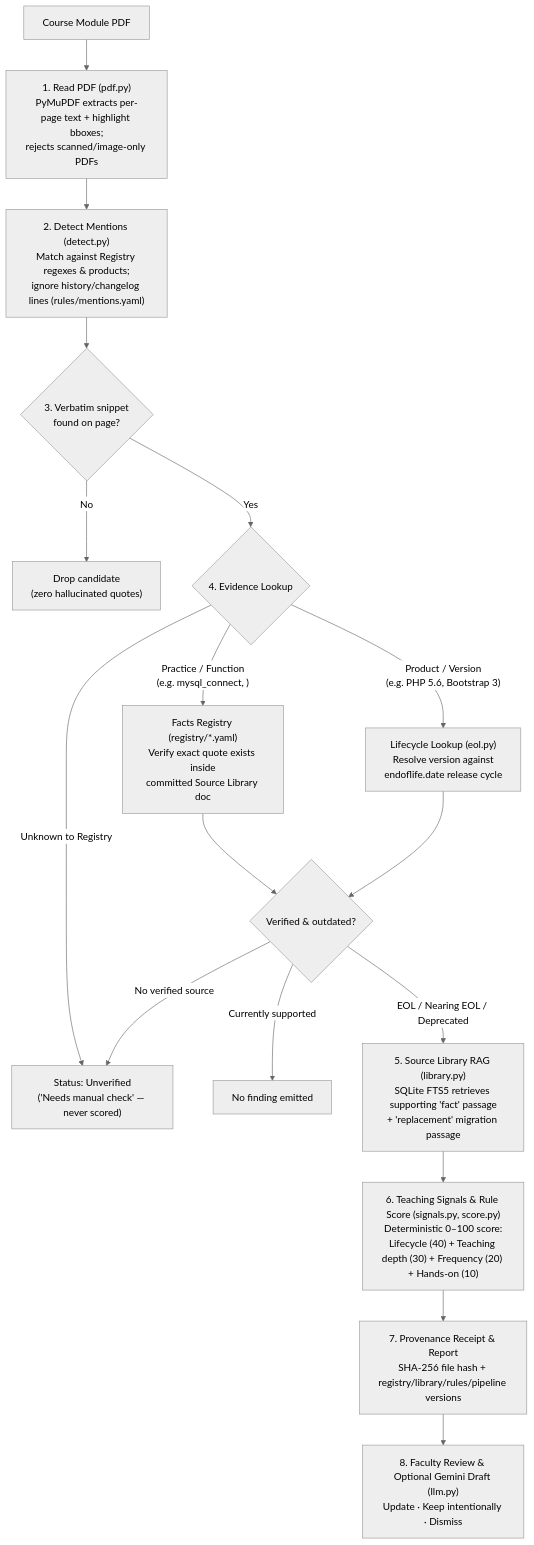
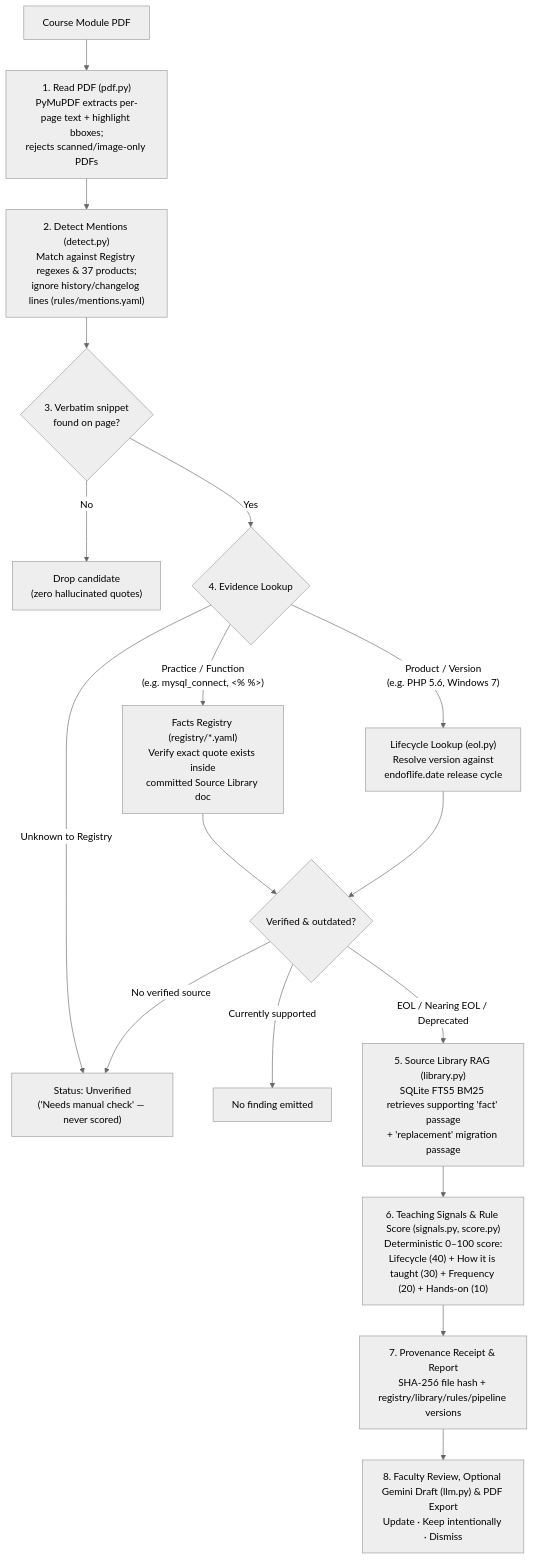
One commit to educ-jkescritor/GroundEd changed the first of 2 diagrams in README.md. Above: the diagram before and after it, drawn with Mermaid (neutral theme). The commit also changed other lines of this file and 7 other files, not shown here.

First line of the commit message:
docs: refresh README, architecture, API examples and user flows

````diff
--- a/README.md
+++ b/README.md
@@ -54,22 +54,22 @@
 ```mermaid
 flowchart TD
     A["Course Module PDF"] --> B["1. Read PDF (pdf.py)<br/>PyMuPDF extracts per-page text + highlight bboxes;<br/>rejects scanned/image-only PDFs"]
-    B --> C["2. Detect Mentions (detect.py)<br/>Match against Registry regexes & products;<br/>ignore history/changelog lines (rules/mentions.yaml)"]
+    B --> C["2. Detect Mentions (detect.py)<br/>Match against Registry regexes & 37 products;<br/>ignore history/changelog lines (rules/mentions.yaml)"]
     C --> D{"3. Verbatim snippet<br/>found on page?"}
     D -- No --> X["Drop candidate<br/>(zero hallucinated quotes)"]
     D -- Yes --> E{"4. Evidence Lookup"}
 
-    E -- "Practice / Function<br/>(e.g. mysql_connect, <font>)" --> F1["Facts Registry (registry/*.yaml)<br/>Verify exact quote exists inside<br/>committed Source Library doc"]
-    E -- "Product / Version<br/>(e.g. PHP 5.6, Bootstrap 3)" --> F2["Lifecycle Lookup (eol.py)<br/>Resolve version against<br/>endoflife.date release cycle"]
+    E -- "Practice / Function<br/>(e.g. mysql_connect, <% %>)" --> F1["Facts Registry (registry/*.yaml)<br/>Verify exact quote exists inside<br/>committed Source Library doc"]
+    E -- "Product / Version<br/>(e.g. PHP 5.6, Windows 7)" --> F2["Lifecycle Lookup (eol.py)<br/>Resolve version against<br/>endoflife.date release cycle"]
     E -- "Unknown to Registry" --> U["Status: Unverified<br/>('Needs manual check' — never scored)"]
 
     F1 --> G{"Verified & outdated?"}
     F2 --> G
     G -- "Currently supported" --> Sup["No finding emitted"]
     G -- "No verified source" --> U
-    G -- "EOL / Nearing EOL / Deprecated" --> I["5. Source Library RAG (library.py)<br/>SQLite FTS5 retrieves supporting 'fact' passage<br/>+ 'replacement' migration passage"]
+    G -- "EOL / Nearing EOL / Deprecated" --> I["5. Source Library RAG (library.py)<br/>SQLite FTS5 BM25 retrieves supporting 'fact' passage<br/>+ 'replacement' migration passage"]
 
-    I --> J["6. Teaching Signals & Rule Score (signals.py, score.py)<br/>Deterministic 0–100 score:<br/>Lifecycle (40) + Teaching depth (30) + Frequency (20) + Hands-on (10)"]
+    I --> J["6. Teaching Signals & Rule Score (signals.py, score.py)<br/>Deterministic 0–100 score:<br/>Lifecycle (40) + How it is taught (30) + Frequency (20) + Hands-on (10)"]
     J --> K["7. Provenance Receipt & Report<br/>SHA-256 file hash + registry/library/rules/pipeline versions"]
-    K --> L["8. Faculty Review & Optional Gemini Draft (llm.py)<br/>Update · Keep intentionally · Dismiss"]
+    K --> L["8. Faculty Review, Optional Gemini Draft (llm.py) & PDF Export<br/>Update · Keep intentionally · Dismiss"]
 ```
````
